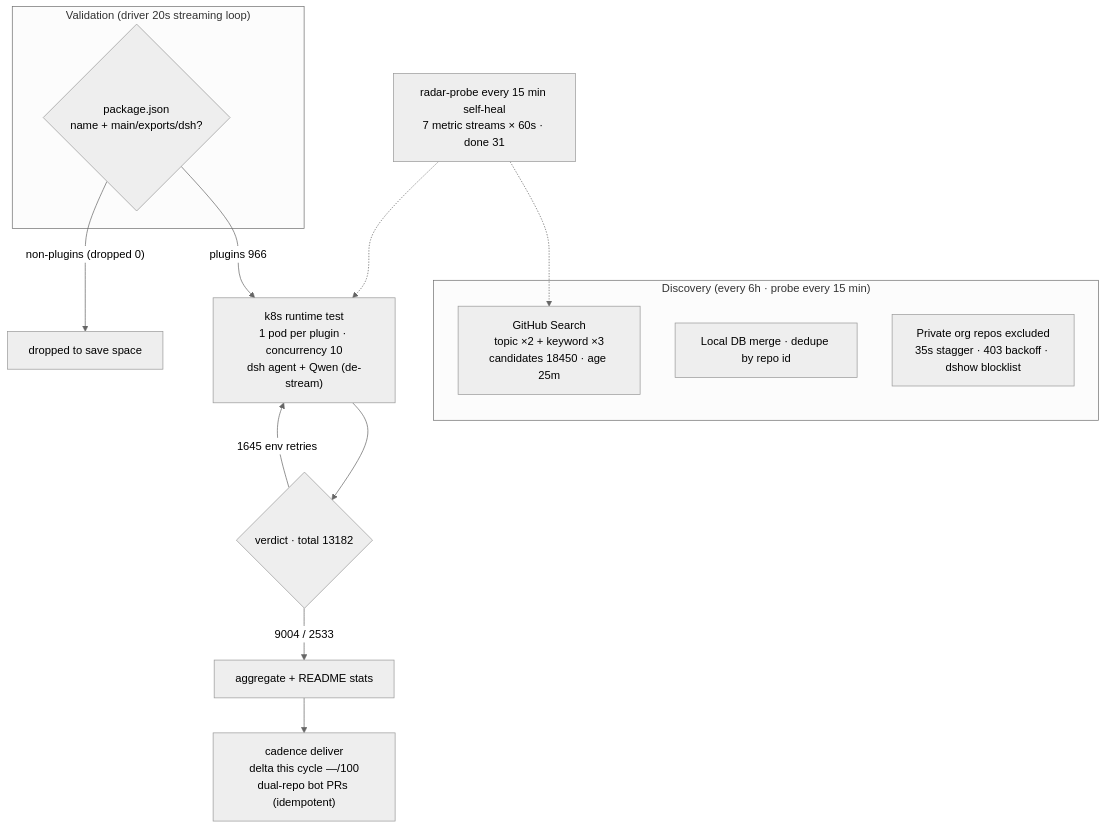
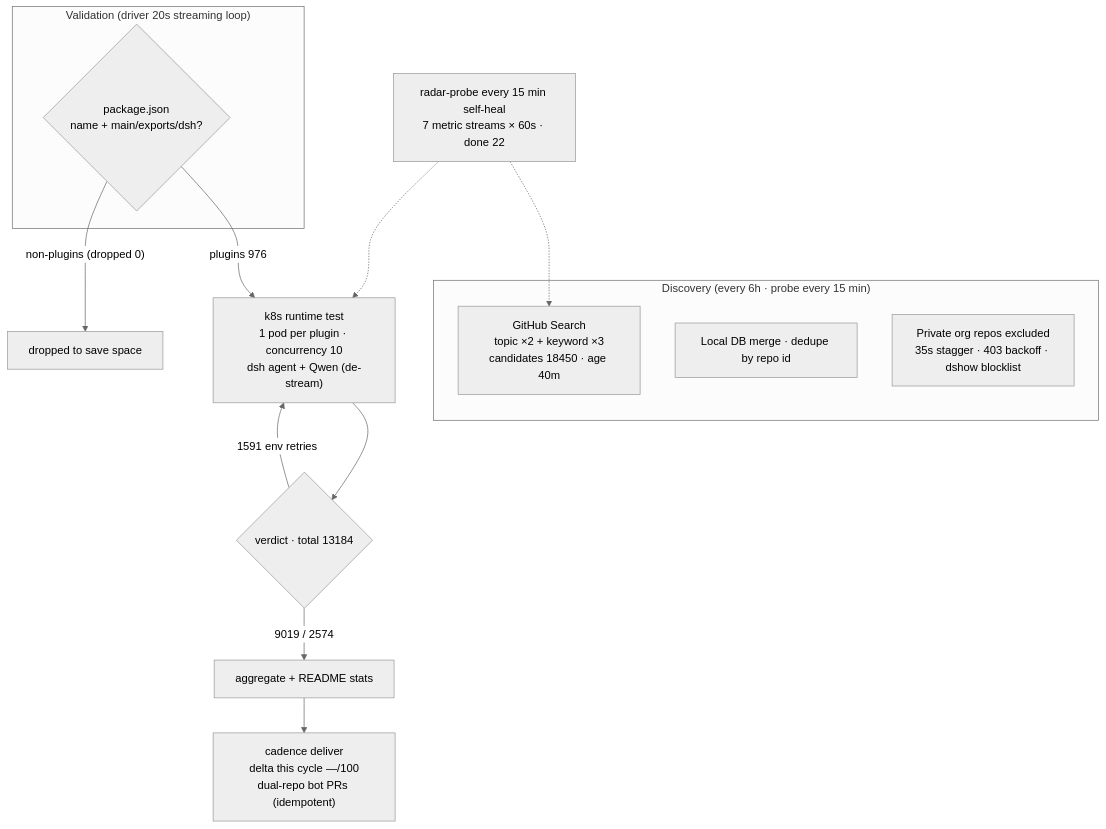
Before and after one commit to AdamPlatin123/awesome-dsh-plugins: the diagram in README.en-US.md, drawn with Mermaid (neutral theme). The commit also changed other lines of this file and 13 other files, not shown here.

````diff
--- a/README.en-US.md
+++ b/README.en-US.md
@@ -45,20 +45,20 @@
 ```mermaid
 flowchart TB
     subgraph Discovery["Discovery (every 6h · probe every 15 min)"]
-        A1["GitHub Search<br/>topic ×2 + keyword ×3<br/>candidates 18450 · age 25m"]
+        A1["GitHub Search<br/>topic ×2 + keyword ×3<br/>candidates 18450 · age 40m"]
         A2["Local DB merge · dedupe by repo id"]
         A3["Private org repos excluded<br/>35s stagger · 403 backoff · dshow blocklist"]
     end
     subgraph Validation["Validation (driver 20s streaming loop)"]
         B1{"package.json<br/>name + main/exports/dsh?"}
     end
-    B1 -->|"plugins 966"| C1["k8s runtime test<br/>1 pod per plugin · concurrency 10<br/>dsh agent + Qwen (de-stream)"]
+    B1 -->|"plugins 976"| C1["k8s runtime test<br/>1 pod per plugin · concurrency 10<br/>dsh agent + Qwen (de-stream)"]
     B1 -->|"non-plugins (dropped 0)"| B3["dropped to save space"]
-    C1 --> D1{"verdict · total 13182"}
-    D1 -->|"9004 / 2533"| E1["aggregate + README stats"]
-    D1 -->|"1645 env retries"| C1
+    C1 --> D1{"verdict · total 13184"}
+    D1 -->|"9019 / 2574"| E1["aggregate + README stats"]
+    D1 -->|"1591 env retries"| C1
     E1 --> E2["cadence deliver<br/>delta this cycle —/100<br/>dual-repo bot PRs (idempotent)"]
-    M["radar-probe every 15 min self-heal<br/>7 metric streams × 60s · done 31"]
+    M["radar-probe every 15 min self-heal<br/>7 metric streams × 60s · done 22"]
     M -.-> A1
     M -.-> C1
 ```
````
